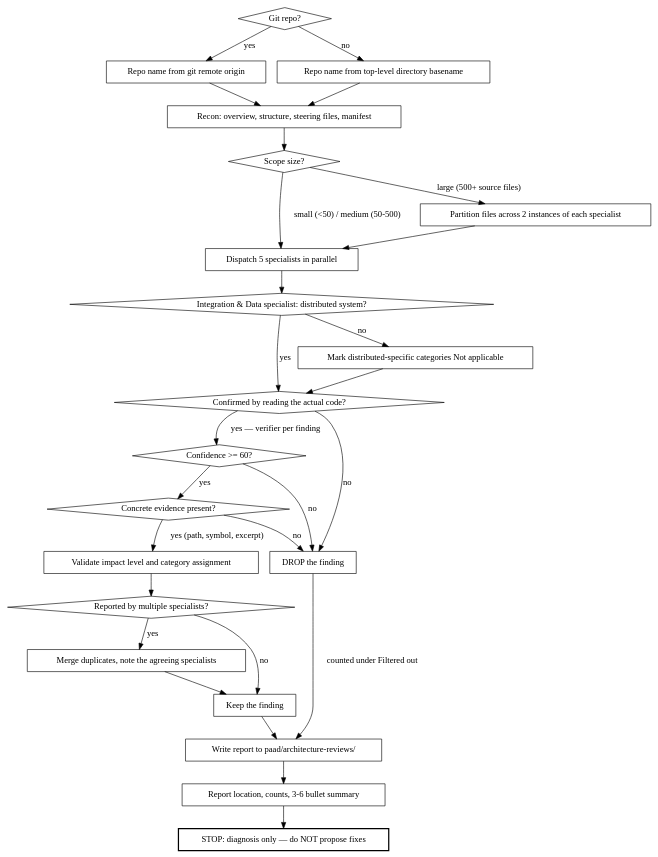
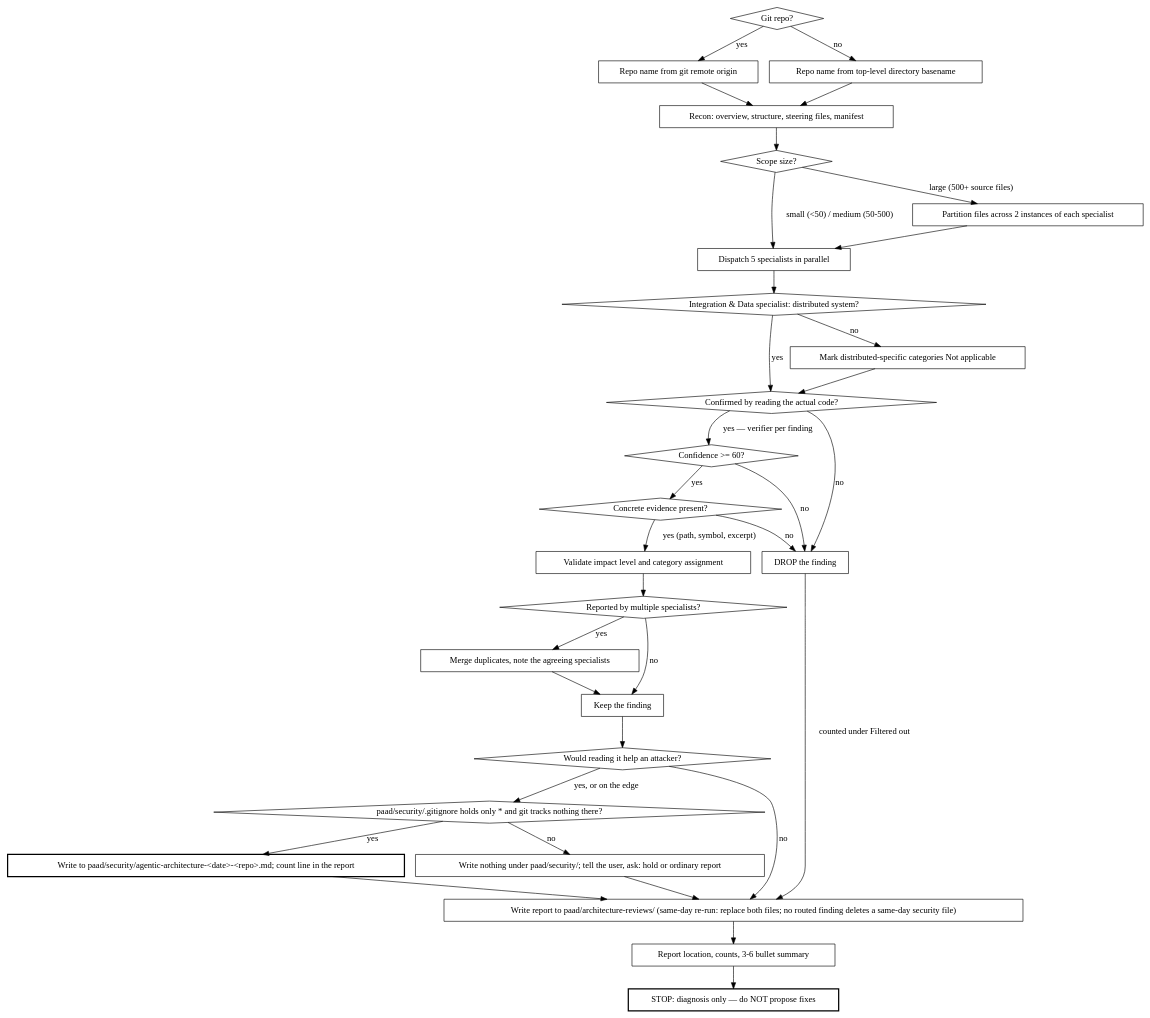
One commit to Ovid/paad changed the second of 2 diagrams in plugins/paad/skills/agentic-architecture/SKILL.md. Above: the diagram before and after it, drawn with Graphviz. The commit also changed other lines of this file and 71 other files, not shown here.

````diff
--- a/plugins/paad/skills/agentic-architecture/SKILL.md
+++ b/plugins/paad/skills/agentic-architecture/SKILL.md
@@ -31,55 +35,65 @@
 ```dot
 digraph analysis_flow {
   "Git repo?" [shape=diamond];
   "Scope size?" [shape=diamond];
   "Integration & Data specialist: distributed system?" [shape=diamond];
   "Confirmed by reading the actual code?" [shape=diamond];
   "Confidence >= 60?" [shape=diamond];
   "Concrete evidence present?" [shape=diamond];
   "Reported by multiple specialists?" [shape=diamond];
 
   "Repo name from git remote origin" [shape=box];
   "Repo name from top-level directory basename" [shape=box];
   "Recon: overview, structure, steering files, manifest" [shape=box];
   "Dispatch 5 specialists in parallel" [shape=box];
   "Partition files across 2 instances of each specialist" [shape=box];
   "Mark distributed-specific categories Not applicable" [shape=box];
   "Validate impact level and category assignment" [shape=box];
   "Merge duplicates, note the agreeing specialists" [shape=box];
   "DROP the finding" [shape=box];
   "Keep the finding" [shape=box];
-  "Write report to paad/architecture-reviews/" [shape=box];
+  "Would reading it help an attacker?" [shape=diamond];
+  "Write to paad/security/agentic-architecture-<date>-<repo>.md; count line in the report" [shape=box, style=bold];
+  "paad/security/.gitignore holds only * and git tracks nothing there?" [shape=diamond];
+  "Write nothing under paad/security/; tell the user, ask: hold or ordinary report" [shape=box];
+  "Write report to paad/architecture-reviews/ (same-day re-run: replace both files; no routed finding deletes a same-day security file)" [shape=box];
   "Report location, counts, 3-6 bullet summary" [shape=box];
   "STOP: diagnosis only — do NOT propose fixes" [shape=box, style=bold];
 
   "Git repo?" -> "Repo name from git remote origin" [label="yes"];
   "Git repo?" -> "Repo name from top-level directory basename" [label="no"];
   "Repo name from git remote origin" -> "Recon: overview, structure, steering files, manifest";
   "Repo name from top-level directory basename" -> "Recon: overview, structure, steering files, manifest";
   "Recon: overview, structure, steering files, manifest" -> "Scope size?";
 
   "Scope size?" -> "Dispatch 5 specialists in parallel" [label="small (<50) / medium (50-500)"];
   "Scope size?" -> "Partition files across 2 instances of each specialist" [label="large (500+ source files)"];
   "Partition files across 2 instances of each specialist" -> "Dispatch 5 specialists in parallel";
   "Dispatch 5 specialists in parallel" -> "Integration & Data specialist: distributed system?";
   "Integration & Data specialist: distributed system?" -> "Confirmed by reading the actual code?" [label="yes"];
   "Integration & Data specialist: distributed system?" -> "Mark distributed-specific categories Not applicable" [label="no"];
   "Mark distributed-specific categories Not applicable" -> "Confirmed by reading the actual code?";
 
   "Confirmed by reading the actual code?" -> "Confidence >= 60?" [label="yes — verifier per finding"];
   "Confirmed by reading the actual code?" -> "DROP the finding" [label="no"];
   "Confidence >= 60?" -> "Concrete evidence present?" [label="yes"];
   "Confidence >= 60?" -> "DROP the finding" [label="no"];
   "Concrete evidence present?" -> "Validate impact level and category assignment" [label="yes (path, symbol, excerpt)"];
   "Concrete evidence present?" -> "DROP the finding" [label="no"];
   "Validate impact level and category assignment" -> "Reported by multiple specialists?";
   "Reported by multiple specialists?" -> "Merge duplicates, note the agreeing specialists" [label="yes"];
   "Reported by multiple specialists?" -> "Keep the finding" [label="no"];
   "Merge duplicates, note the agreeing specialists" -> "Keep the finding";
 
-  "Keep the finding" -> "Write report to paad/architecture-reviews/";
-  "DROP the finding" -> "Write report to paad/architecture-reviews/" [label="counted under Filtered out"];
-  "Write report to paad/architecture-reviews/" -> "Report location, counts, 3-6 bullet summary";
+  "Keep the finding" -> "Would reading it help an attacker?";
+  "Would reading it help an attacker?" -> "paad/security/.gitignore holds only * and git tracks nothing there?" [label="yes, or on the edge"];
+  "Would reading it help an attacker?" -> "Write report to paad/architecture-reviews/ (same-day re-run: replace both files; no routed finding deletes a same-day security file)" [label="no"];
+  "Write to paad/security/agentic-architecture-<date>-<repo>.md; count line in the report" -> "Write report to paad/architecture-reviews/ (same-day re-run: replace both files; no routed finding deletes a same-day security file)";
+  "paad/security/.gitignore holds only * and git tracks nothing there?" -> "Write to paad/security/agentic-architecture-<date>-<repo>.md; count line in the report" [label="yes"];
+  "paad/security/.gitignore holds only * and git tracks nothing there?" -> "Write nothing under paad/security/; tell the user, ask: hold or ordinary report" [label="no"];
+  "Write nothing under paad/security/; tell the user, ask: hold or ordinary report" -> "Write report to paad/architecture-reviews/ (same-day re-run: replace both files; no routed finding deletes a same-day security file)";
+  "DROP the finding" -> "Write report to paad/architecture-reviews/ (same-day re-run: replace both files; no routed finding deletes a same-day security file)" [label="counted under Filtered out"];
+  "Write report to paad/architecture-reviews/ (same-day re-run: replace both files; no routed finding deletes a same-day security file)" -> "Report location, counts, 3-6 bullet summary";
   "Report location, counts, 3-6 bullet summary" -> "STOP: diagnosis only — do NOT propose fixes";
 }
 ```
````
